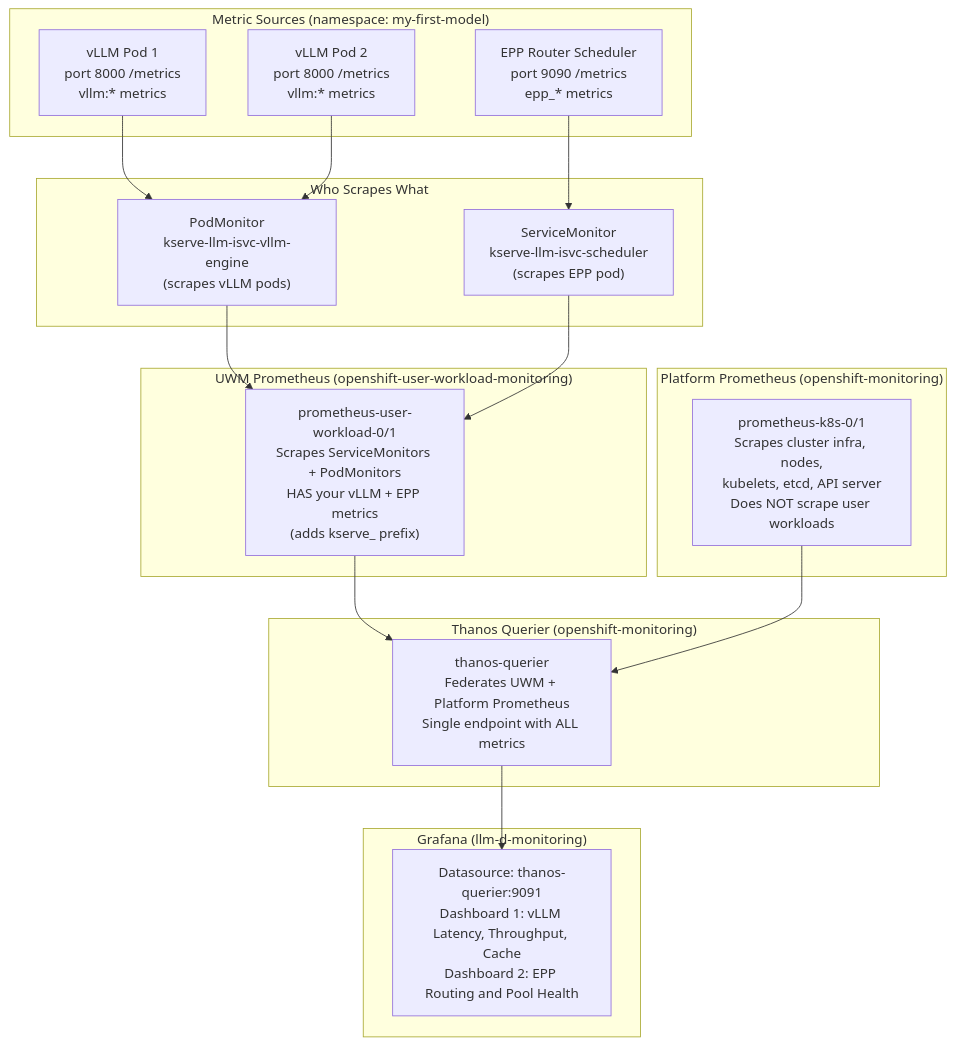
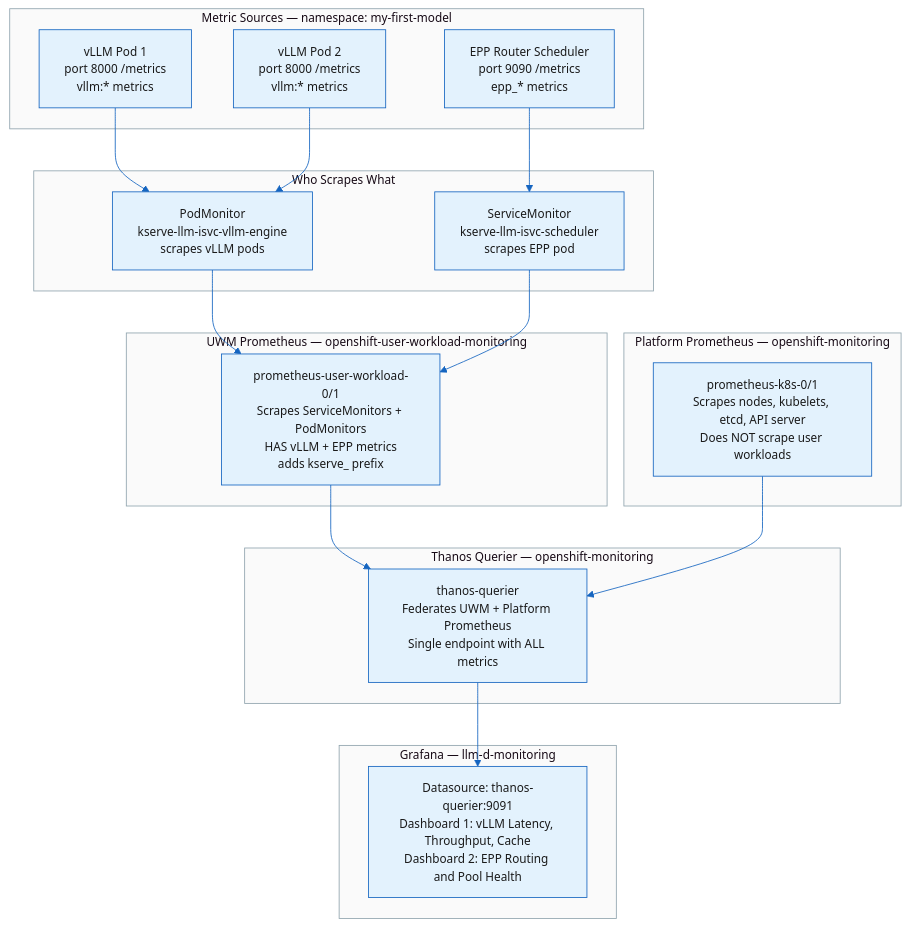
One commit to nirjhar17/llm-d-observability-openshift changed the diagram in blog-observability-llm-d-openshift-ai.md. Above: the diagram before and after it, drawn with Mermaid. The commit also changed 1 other file, not shown here.

Commit message:
Fix Mermaid diagram: use br tags for line breaks, clean color theme
- Replace \n with <br/> so line breaks render properly
- Add custom theme with blue/white colors instead of default yellow/purple
- Make mermaid container responsive with overflow handling

````diff
--- a/blog-observability-llm-d-openshift-ai.md
+++ b/blog-observability-llm-d-openshift-ai.md
@@ -67,38 +67,39 @@
 ```mermaid
+%%{init: {'theme': 'base', 'themeVariables': { 'primaryColor': '#e3f2fd', 'primaryTextColor': '#1a1a1a', 'primaryBorderColor': '#1565c0', 'lineColor': '#1565c0', 'secondaryColor': '#f3e5f5', 'tertiaryColor': '#e8f5e9', 'clusterBkg': '#fafafa', 'clusterBorder': '#90a4ae', 'edgeLabelBackground': '#ffffff', 'fontSize': '14px'}}}%%
 flowchart TD
-    subgraph Sources["Metric Sources (namespace: my-first-model)"]
-        vLLM1["vLLM Pod 1\nport 8000 /metrics\nvllm:* metrics"]
-        vLLM2["vLLM Pod 2\nport 8000 /metrics\nvllm:* metrics"]
-        EPP["EPP Router Scheduler\nport 9090 /metrics\nepp_* metrics"]
+    subgraph Sources["Metric Sources — namespace: my-first-model"]
+        vLLM1["vLLM Pod 1<br/>port 8000 /metrics<br/>vllm:* metrics"]
+        vLLM2["vLLM Pod 2<br/>port 8000 /metrics<br/>vllm:* metrics"]
+        EPP["EPP Router Scheduler<br/>port 9090 /metrics<br/>epp_* metrics"]
     end
 
     subgraph Scraping["Who Scrapes What"]
-        PM["PodMonitor\nkserve-llm-isvc-vllm-engine\n(scrapes vLLM pods)"]
-        SM["ServiceMonitor\nkserve-llm-isvc-scheduler\n(scrapes EPP pod)"]
+        PM["PodMonitor<br/>kserve-llm-isvc-vllm-engine<br/>scrapes vLLM pods"]
+        SM["ServiceMonitor<br/>kserve-llm-isvc-scheduler<br/>scrapes EPP pod"]
     end
 
-    subgraph UWM["UWM Prometheus (openshift-user-workload-monitoring)"]
-        PUWM["prometheus-user-workload-0/1\nScrapes ServiceMonitors + PodMonitors\nHAS your vLLM + EPP metrics\n(adds kserve_ prefix)"]
+    subgraph UWM["UWM Prometheus — openshift-user-workload-monitoring"]
+        PUWM["prometheus-user-workload-0/1<br/>Scrapes ServiceMonitors + PodMonitors<br/>HAS vLLM + EPP metrics<br/>adds kserve_ prefix"]
     end
 
-    subgraph Platform["Platform Prometheus (openshift-monitoring)"]
-        PK["prometheus-k8s-0/1\nScrapes cluster infra, nodes,\nkubelets, etcd, API server\nDoes NOT scrape user workloads"]
+    subgraph Platform["Platform Prometheus — openshift-monitoring"]
+        PK["prometheus-k8s-0/1<br/>Scrapes nodes, kubelets, etcd, API server<br/>Does NOT scrape user workloads"]
     end
 
-    subgraph Thanos["Thanos Querier (openshift-monitoring)"]
-        TQ["thanos-querier\nFederates UWM + Platform Prometheus\nSingle endpoint with ALL metrics"]
+    subgraph Thanos["Thanos Querier — openshift-monitoring"]
+        TQ["thanos-querier<br/>Federates UWM + Platform Prometheus<br/>Single endpoint with ALL metrics"]
     end
 
-    subgraph Grafana["Grafana (llm-d-monitoring)"]
-        GR["Datasource: thanos-querier:9091\nDashboard 1: vLLM Latency, Throughput, Cache\nDashboard 2: EPP Routing and Pool Health"]
+    subgraph GrafanaBox["Grafana — llm-d-monitoring"]
+        GR["Datasource: thanos-querier:9091<br/>Dashboard 1: vLLM Latency, Throughput, Cache<br/>Dashboard 2: EPP Routing and Pool Health"]
     end
 
     vLLM1 --> PM
     vLLM2 --> PM
     EPP --> SM
     PM --> PUWM
     SM --> PUWM
     PUWM --> TQ
     PK --> TQ
     TQ --> GR
 ```
````
